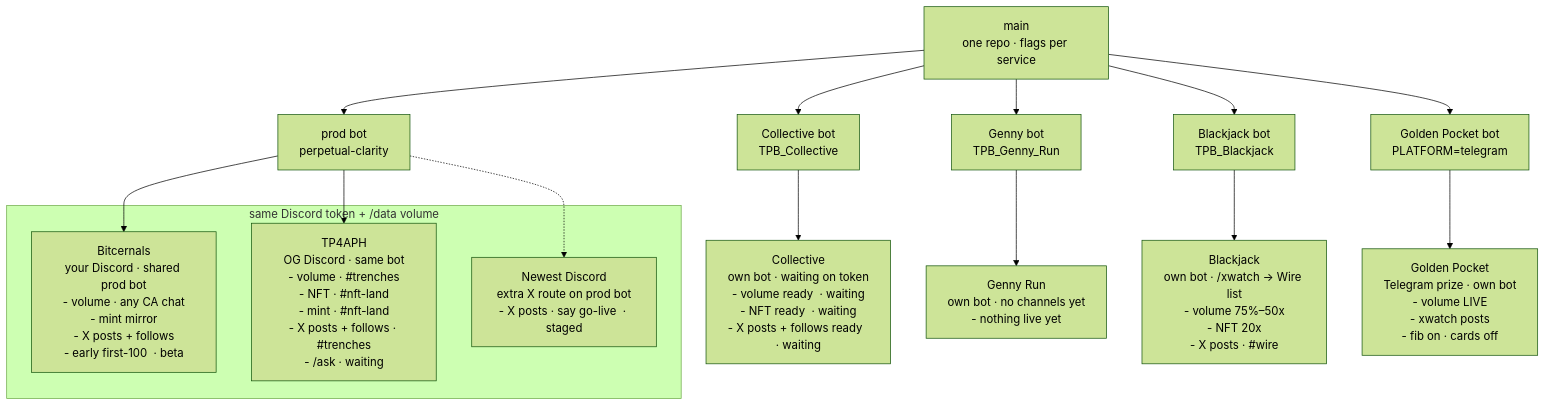
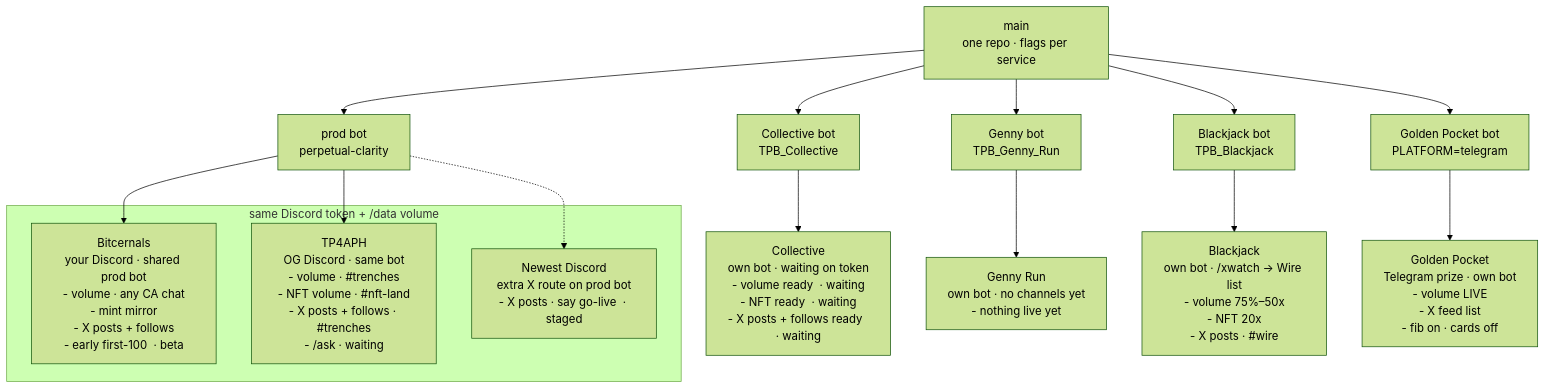
Before and after one commit to enstest1/take_profits_profit_bot: the second of 3 diagrams in docs/ARCHITECTURE.md, drawn with Mermaid (forest theme). The commit also changed 18 other files, not shown here.

Commit message:
fix(nft): mute token CA tracking in #nft-land so only the NFT volume bot posts

````diff
--- a/docs/ARCHITECTURE.md
+++ b/docs/ARCHITECTURE.md
@@ -72,33 +72,33 @@
 ```mermaid
 flowchart TB
   git["main<br/>one repo · flags per service"]
   prod["prod bot<br/>perpetual-clarity"]
   collBot["Collective bot<br/>TPB_Collective"]
   gennyBot["Genny bot<br/>TPB_Genny_Run"]
   bjBot["Blackjack bot<br/>TPB_Blackjack"]
   gpBot["Golden Pocket bot<br/>PLATFORM=telegram"]
   personal["Bitcernals<br/>your Discord · shared prod bot<br/>- volume · any CA chat<br/>- mint mirror<br/>- X posts + follows<br/>- early first-100  · beta"]
-  tp4aph["TP4APH<br/>OG Discord · same bot<br/>- volume · #trenches<br/>- NFT · #nft-land<br/>- mint · #nft-land<br/>- X posts + follows · #trenches<br/>- /ask · waiting"]
+  tp4aph["TP4APH<br/>OG Discord · same bot<br/>- volume · #trenches<br/>- NFT volume · #nft-land<br/>- X posts + follows · #trenches<br/>- /ask · waiting"]
   newest["Newest Discord<br/>extra X route on prod bot<br/>- X posts · say go-live  · staged"]
   collective["Collective<br/>own bot · waiting on token<br/>- volume ready  · waiting<br/>- NFT ready  · waiting<br/>- X posts + follows ready  · waiting"]
   genny["Genny Run<br/>own bot · no channels yet<br/>- nothing live yet"]
   blackjack["Blackjack<br/>own bot · /xwatch → Wire list<br/>- volume 75%–50x<br/>- NFT 20x<br/>- X posts · #wire"]
-  golden["Golden Pocket<br/>Telegram prize · own bot<br/>- volume LIVE<br/>- xwatch posts<br/>- fib on · cards off"]
+  golden["Golden Pocket<br/>Telegram prize · own bot<br/>- volume LIVE<br/>- X feed list<br/>- fib on · cards off"]
   git --> prod
   git --> collBot
   git --> gennyBot
   git --> bjBot
   git --> gpBot
   subgraph shared["same Discord token + /data volume"]
     personal
     tp4aph
     newest
   end
   prod --> personal
   prod --> tp4aph
   prod -.-> newest
   collBot --> collective
   gennyBot --> genny
   bjBot --> blackjack
   gpBot --> golden
 ```
````
